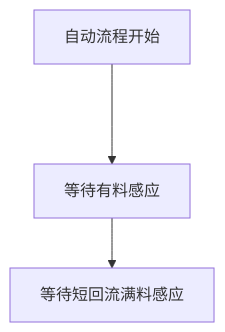
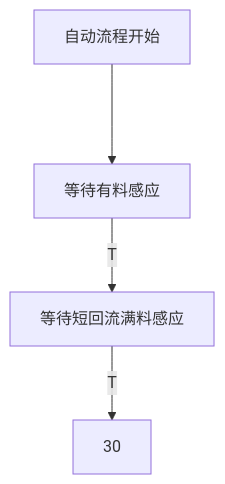
The diagram in all/未命名.md (zmq000/iodraw-files), drawn with Mermaid before and after one commit.

Commit message:
2026-06-17 20:49:58 update

````diff
--- a/all/未命名.md
+++ b/all/未命名.md
@@ -1,6 +1,6 @@
 ```mermaid
 graph TD
 自动流程开始--->10
-10[等待有料感应]-->20
-20[等待短回流满料感应]
+10[等待有料感应]-->|T|20
+20[等待短回流满料感应]-->|T|30
 ```
````
